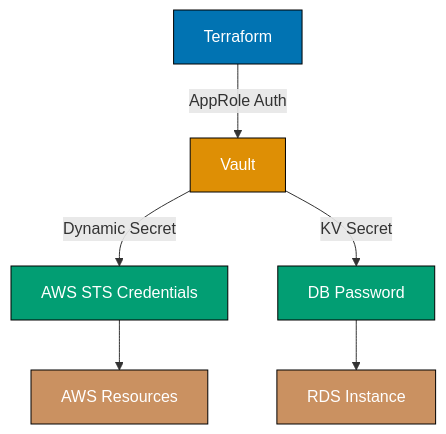
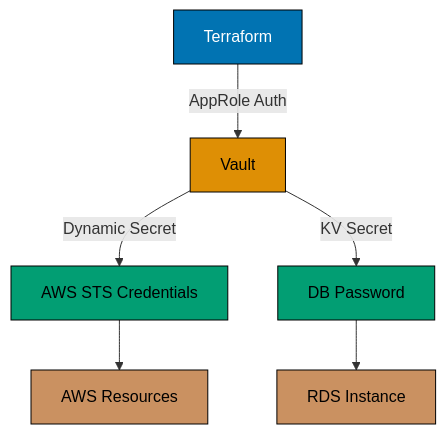
One commit to wahidyankf/ose-public changed the sixth of 9 diagrams in apps/ayokoding-www/content/en/learn/legacy/software-engineering/infrastructure/infrastructure-as-code/by-example/advanced.md. Above: the diagram before and after it, drawn with Mermaid. The commit also changed other lines of this file and 131 other files, not shown here.

First line of the commit message:
fix(mermaid): bring the legacy data, infrastructure, and testing diagrams onto the accessible palette

````diff
--- a/apps/ayokoding-www/content/en/learn/legacy/software-engineering/infrastructure/infrastructure-as-code/by-example/advanced.md
+++ b/apps/ayokoding-www/content/en/learn/legacy/software-engineering/infrastructure/infrastructure-as-code/by-example/advanced.md
@@ -1119,16 +1152,23 @@
 ```mermaid
 %% Color Palette: Blue #0173B2, Orange #DE8F05, Teal #029E73, Purple #CC78BC, Brown #CA9161
 graph TD
+  accTitle: Example 71: HashiCorp Vault Integration
+  accDescr: Graph with 6 nodes and 5 connections. Nodes: Terraform, Vault, AWS STS Credentials, DB Password, AWS Resources, RDS Instance. Connections: Terraform to Vault (AppRole Auth), Vault to AWS STS Credentials (Dynamic Secret), Vault to DB Password (KV Secret), AWS STS Credentials to AWS Resources, DB Password to RDS Instance.
   A["Terraform"] -->|"AppRole Auth"| B["Vault"]
   B -->|"Dynamic Secret"| C["AWS STS Credentials"]
   B -->|"KV Secret"| D["DB Password"]
   C --> E["AWS Resources"]
   D --> F["RDS Instance"]
 
-  style A fill:#0173B2,stroke:#000,color:#fff
-  style B fill:#DE8F05,stroke:#000,color:#fff
-  style C fill:#029E73,stroke:#000,color:#fff
-  style D fill:#029E73,stroke:#000,color:#fff
-  style E fill:#CA9161,stroke:#000,color:#fff
-  style F fill:#CA9161,stroke:#000,color:#fff
+  classDef pal-0173B2 fill:#0173B2,stroke:#000000,color:#FFFFFF
+  class A pal-0173B2
+  classDef pal-DE8F05 fill:#DE8F05,stroke:#000000,color:#000000
+  class B pal-DE8F05
+  classDef pal-029E73 fill:#029E73,stroke:#000000,color:#000000
+  class C pal-029E73
+  class D pal-029E73
+  classDef pal-CA9161 fill:#CA9161,stroke:#000000,color:#000000
+  class E pal-CA9161
+  class F pal-CA9161
+  classDef default fill:#FFFFFF,stroke:#000000,color:#000000
 ```
````
